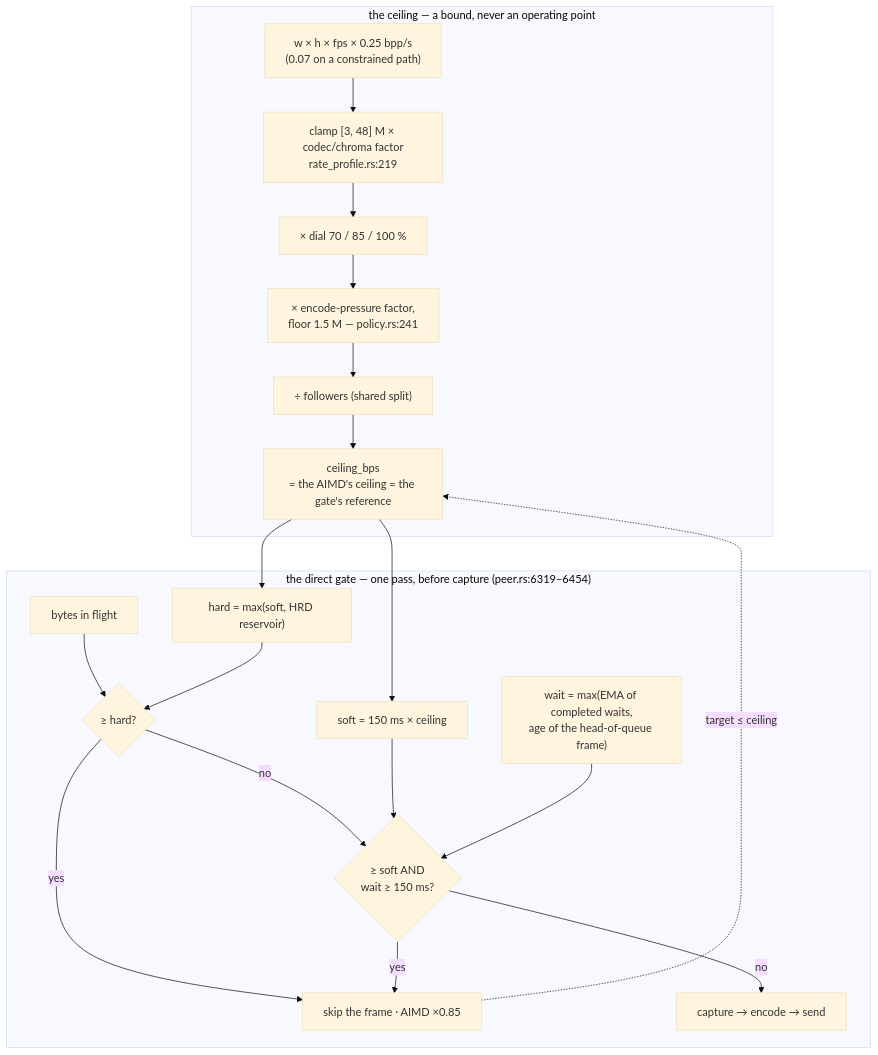
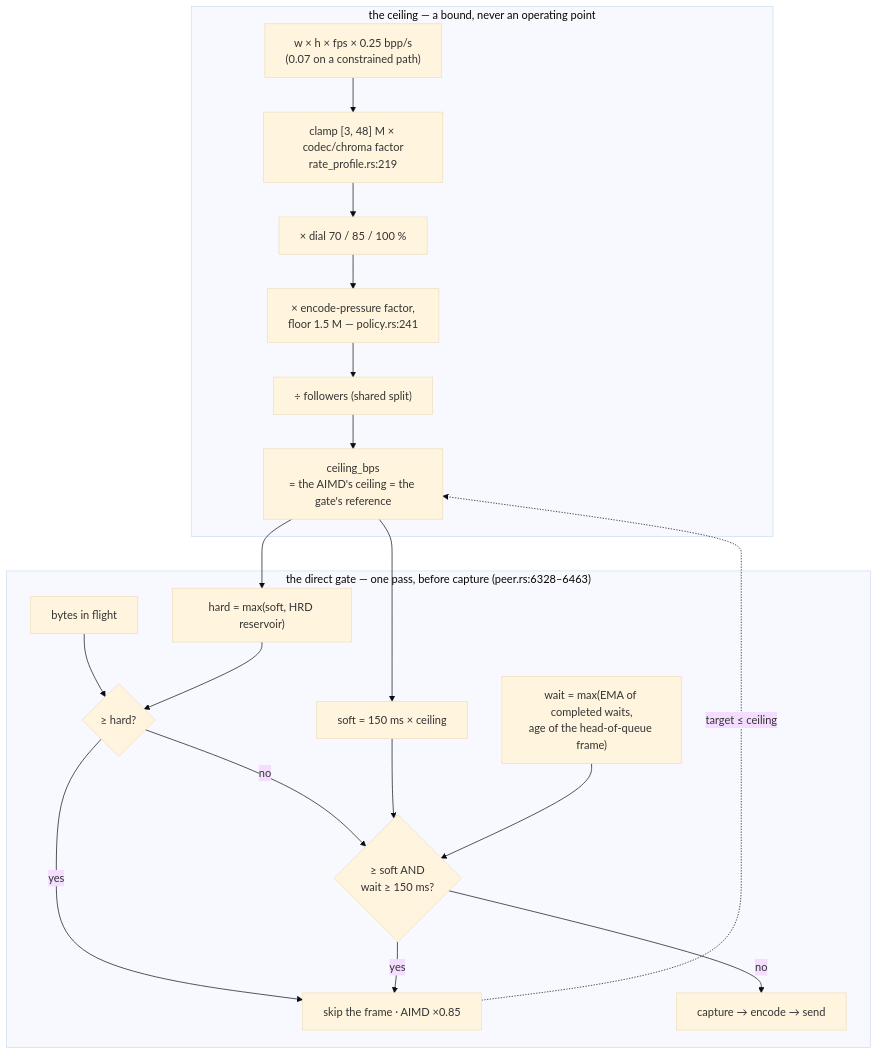
Before and after one commit to gjovanov/roomler-ai: the fifth of 10 diagrams in docs/rate-control.md, drawn with Mermaid (base theme). The commit also changed other lines of this file and 24 other files, not shown here.

````diff
--- a/docs/rate-control.md
+++ b/docs/rate-control.md
@@ -755,24 +755,24 @@
 ```mermaid
 flowchart TB
     subgraph ceiling["the ceiling — a bound, never an operating point"]
         G["w × h × fps × 0.25 bpp/s<br/>(0.07 on a constrained path)"] --> C["clamp [3, 48] M × codec/chroma factor<br/>rate_profile.rs:219"]
         C --> D["× dial 70 / 85 / 100 %"]
         D --> E["× encode-pressure factor,<br/>floor 1.5 M — policy.rs:241"]
         E --> S["÷ followers (shared split)"]
         S --> CEIL["ceiling_bps<br/>= the AIMD's ceiling = the gate's reference"]
     end
-    subgraph gate["the direct gate — one pass, before capture (peer.rs:6319–6454)"]
+    subgraph gate["the direct gate — one pass, before capture (peer.rs:6328–6463)"]
         CEIL --> SOFT["soft = 150 ms × ceiling"]
         CEIL --> HARD["hard = max(soft, HRD reservoir)"]
         W["wait = max(EMA of completed waits,<br/>age of the head-of-queue frame)"]
         Q["bytes in flight"] --> H{"≥ hard?"}
         HARD --> H
         H -- yes --> TRIP["skip the frame · AIMD ×0.85"]
         H -- no --> SQ{"≥ soft AND<br/>wait ≥ 150 ms?"}
         SOFT --> SQ
         W --> SQ
         SQ -- yes --> TRIP
         SQ -- no --> PASS["capture → encode → send"]
     end
     TRIP -.->|"target ≤ ceiling"| CEIL
 ```
````
